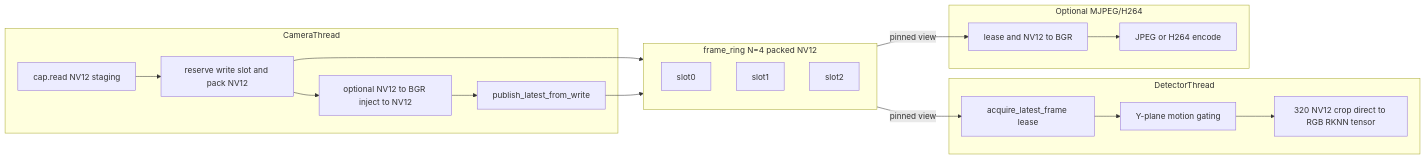
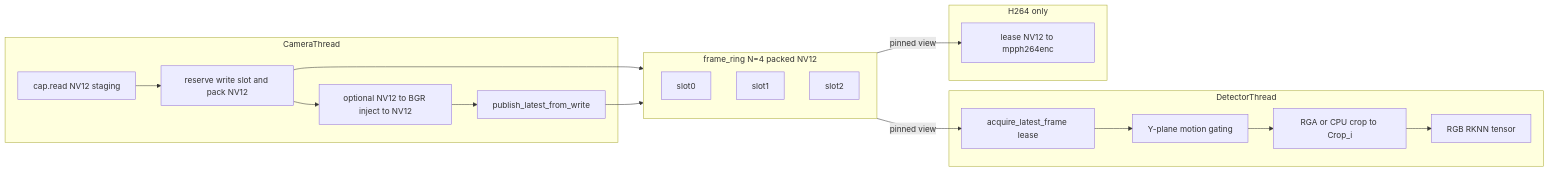
The diagram in cat_follow/docs/Frame_Ring_Ownership_Audit.md (ranhaber/car-x), drawn with Mermaid before and after one commit. The commit also changed other lines of this file and 89 other files, not shown here.

Commit message:
Update architecture docs, tests, and remove unused vilib tree

````diff
--- a/cat_follow/docs/Frame_Ring_Ownership_Audit.md
+++ b/cat_follow/docs/Frame_Ring_Ownership_Audit.md
@@ -65,30 +127,29 @@
 ```mermaid
 flowchart LR
   subgraph camera [CameraThread]
     CAP[cap.read NV12 staging]
     WB[reserve write slot and pack NV12]
     INJ[optional NV12 to BGR inject to NV12]
     PUB[publish_latest_from_write]
     CAP --> WB --> INJ --> PUB
   end
   subgraph ring [frame_ring N=4 packed NV12]
     S0[slot0]
     S1[slot1]
     S2[slot2]
   end
   subgraph detector [DetectorThread]
     SNAP[acquire_latest_frame lease]
     MOT[Y-plane motion gating]
-    RKNN[320 NV12 crop direct to RGB RKNN tensor]
-    SNAP --> MOT --> RKNN
+    CROP[RGA or CPU crop to Crop_i]
+    RKNN[RGB RKNN tensor]
+    SNAP --> MOT --> CROP --> RKNN
   end
-  subgraph stream [Optional MJPEG/H264]
-    GL[lease and NV12 to BGR]
-    ENC[JPEG or H264 encode]
-    GL --> ENC
+  subgraph stream [H264 only]
+    ENC[lease NV12 to mpph264enc]
   end
   WB --> ring
   PUB --> ring
   ring -->|pinned view| SNAP
-  ring -->|pinned view| GL
+  ring -->|pinned view| ENC
 ```
````
